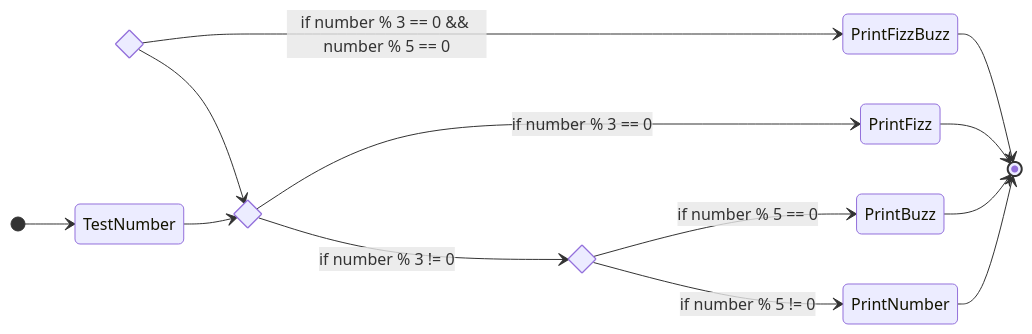
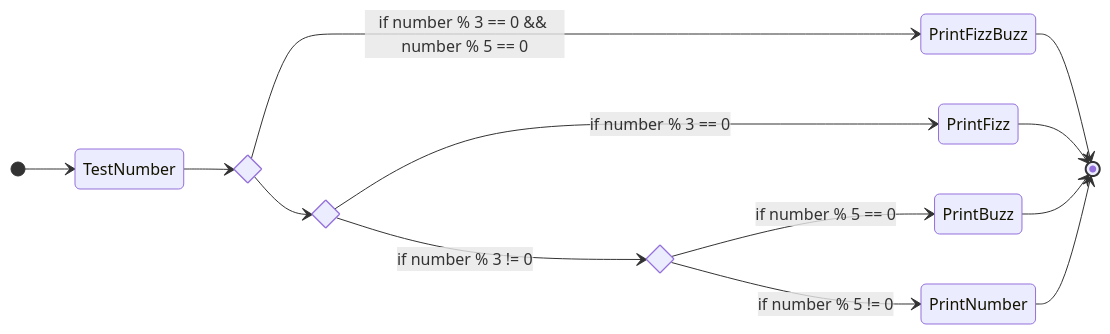
Before and after one commit to carteras/IT-CBR: the eighth of 8 diagrams in cookbook/SDLC/Boxes and Arrows/boxes_and_arrows_fun.md, drawn with Mermaid.

````diff
--- a/cookbook/SDLC/Boxes and Arrows/boxes_and_arrows_fun.md
+++ b/cookbook/SDLC/Boxes and Arrows/boxes_and_arrows_fun.md
@@ -117,22 +117,22 @@
 ```mermaid
   stateDiagram
     direction LR
     state fizz_state <<choice>>
     state buzz_state <<choice>>
     state fizzbuzz_state <<choice>>
     [*] --> TestNumber
-    TestNumber --> fizz_state
+    TestNumber --> fizzbuzz_state
     fizzbuzz_state --> PrintFizzBuzz: if number % 3 == 0 && number % 5 == 0
     PrintFizzBuzz --> [*]
     fizzbuzz_state --> fizz_state
     fizz_state --> PrintFizz: if number % 3 == 0
     PrintFizz --> [*]
     fizz_state --> buzz_state: if number % 3 != 0
     buzz_state --> PrintBuzz: if number % 5 == 0
     PrintBuzz --> [*]
     buzz_state --> PrintNumber: if number % 5 != 0
     PrintNumber --> [*]
     
     
     
 ```
````
